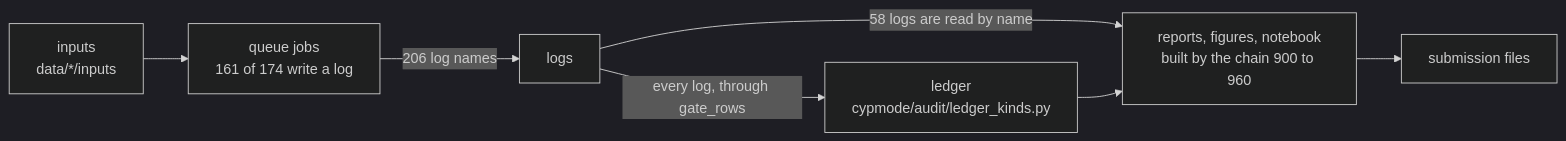
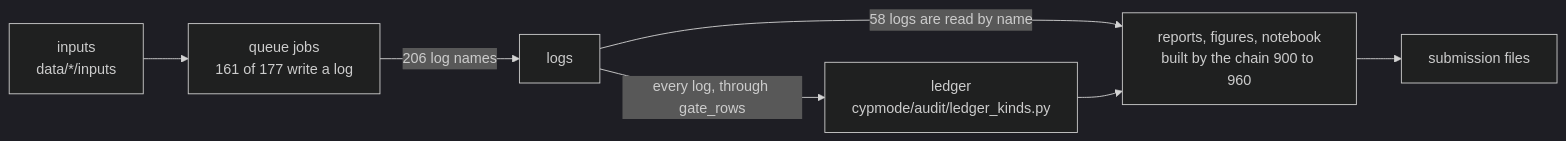
One commit to mohamedtalaat-gif/CYPMode changed the diagram in docs/map/dataflow.md. Above: the diagram before and after it, drawn with Mermaid (dark theme). The commit also changed other lines of this file and 40 other files, not shown here.

````diff
--- a/docs/map/dataflow.md
+++ b/docs/map/dataflow.md
@@ -5,9 +5,9 @@
 ```mermaid
 flowchart LR
   inputs["inputs<br/>data/*/inputs"] --> jobs
-  jobs["queue jobs<br/>161 of 174 write a log"] -->|"206 log names"| logs["logs"]
+  jobs["queue jobs<br/>161 of 177 write a log"] -->|"206 log names"| logs["logs"]
   logs -->|"every log, through gate_rows"| ledger["ledger<br/>cypmode/audit/ledger_kinds.py"]
   logs -->|"58 logs are read by name"| reports
   ledger --> reports["reports, figures, notebook<br/>built by the chain 900 to 960"]
   reports --> submissions["submission files"]
 ```
````
